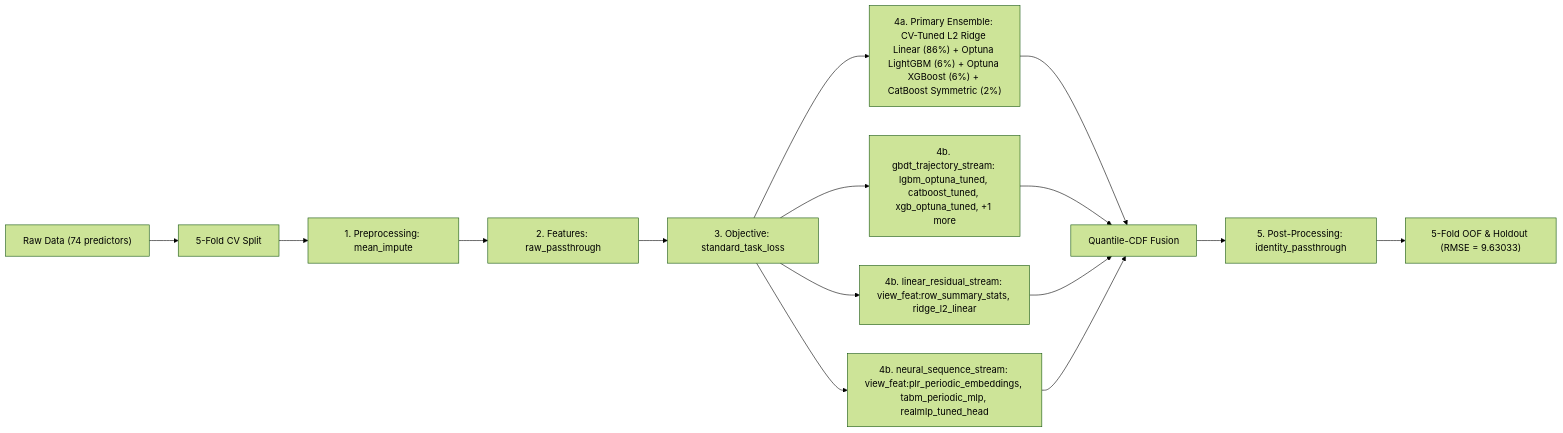
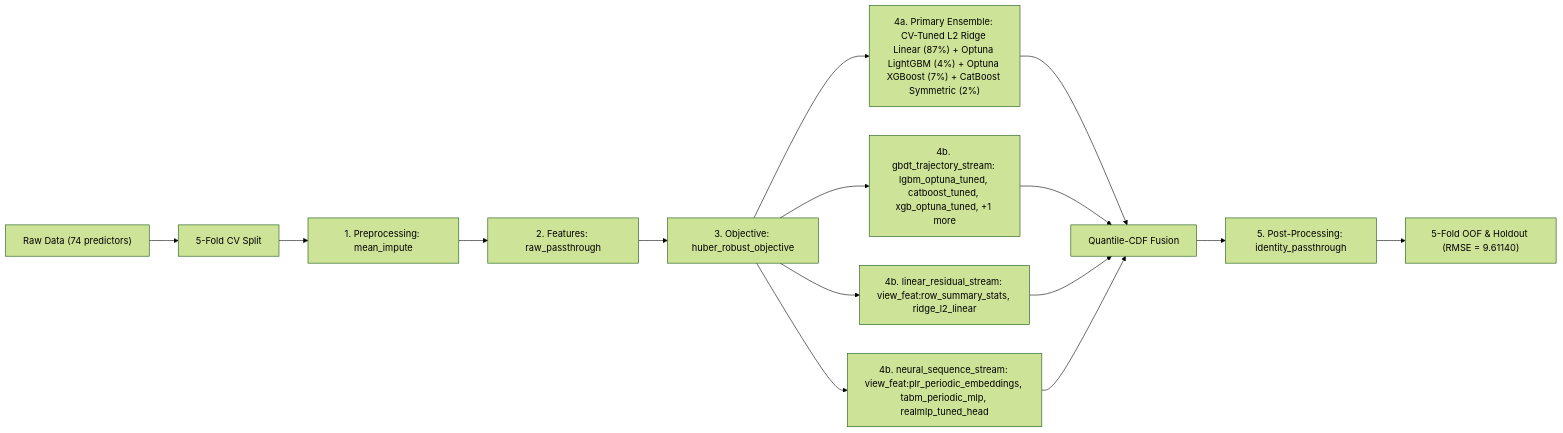
One commit to stefanoclss/ROGII-Wellbore-Geology-Prediction changed the diagram in README.md. Above: the diagram before and after it, drawn with Mermaid (forest theme). The commit also changed other lines of this file, not shown here.

First line of the commit message:
docs(readme): refresh verified OOF benchmark & build ledger (RMSE=9.61140)

````diff
--- a/README.md
+++ b/README.md
@@ -72,17 +73,17 @@
 ```mermaid
 flowchart LR
     DATA["Raw Data (74 predictors)"] --> SPLIT["5-Fold CV Split"]
     SPLIT --> PRE["1. Preprocessing: mean_impute"]
     PRE --> FEAT["2. Features: raw_passthrough"]
-    FEAT --> OBJ["3. Objective: standard_task_loss"]
-    OBJ --> M0["4a. Primary Ensemble: CV-Tuned L2 Ridge Linear (86%) + Optuna LightGBM (6%) + Optuna XGBoost (6%) + CatBoost Symmetric (2%)"]
+    FEAT --> OBJ["3. Objective: huber_robust_objective"]
+    OBJ --> M0["4a. Primary Ensemble: CV-Tuned L2 Ridge Linear (87%) + Optuna LightGBM (4%) + Optuna XGBoost (7%) + CatBoost Symmetric (2%)"]
     M0 --> FUSE["Quantile-CDF Fusion"]
     OBJ --> S1["4b. gbdt_trajectory_stream: lgbm_optuna_tuned, catboost_tuned, xgb_optuna_tuned, +1 more"]
     S1 --> FUSE
     OBJ --> S2["4b. linear_residual_stream: view_feat:row_summary_stats, ridge_l2_linear"]
     S2 --> FUSE
     OBJ --> S3["4b. neural_sequence_stream: view_feat:plr_periodic_embeddings, tabm_periodic_mlp, realmlp_tuned_head"]
     S3 --> FUSE
     FUSE --> POST["5. Post-Processing: identity_passthrough"]
-    POST --> OUT["5-Fold OOF & Holdout (RMSE = 9.63033)"]
+    POST --> OUT["5-Fold OOF & Holdout (RMSE = 9.61140)"]
 ```
````
